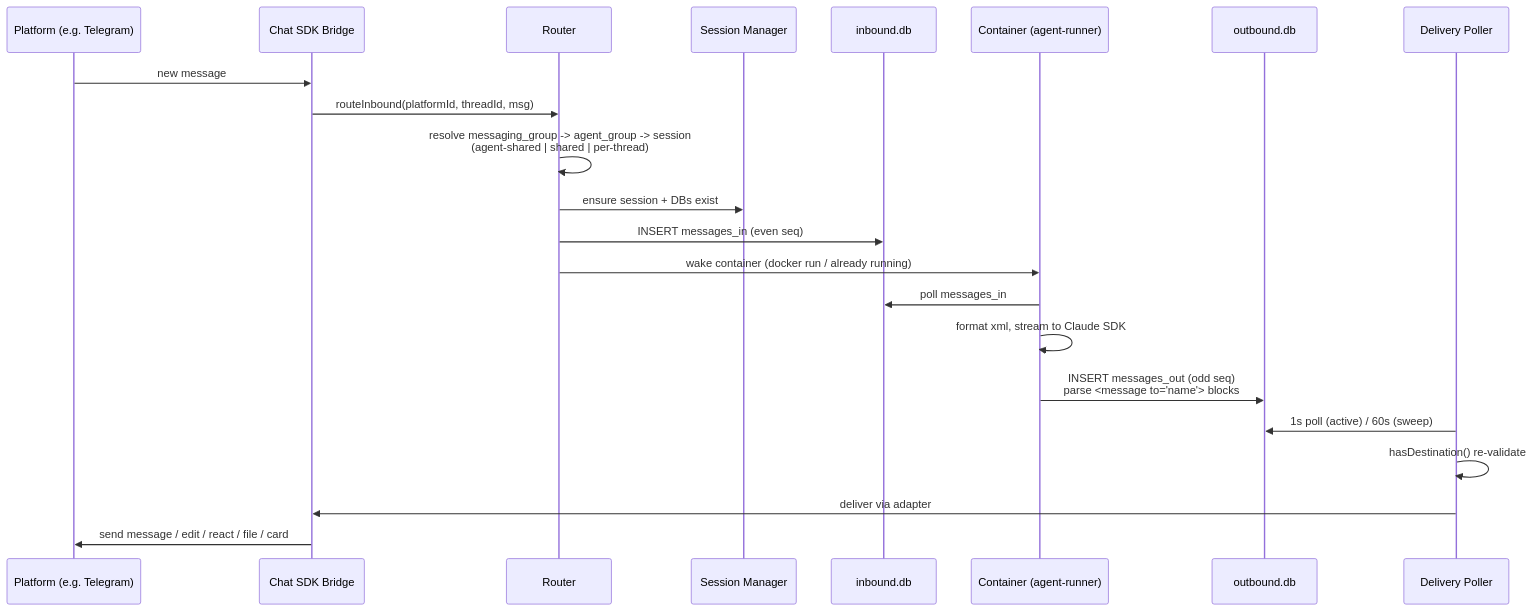
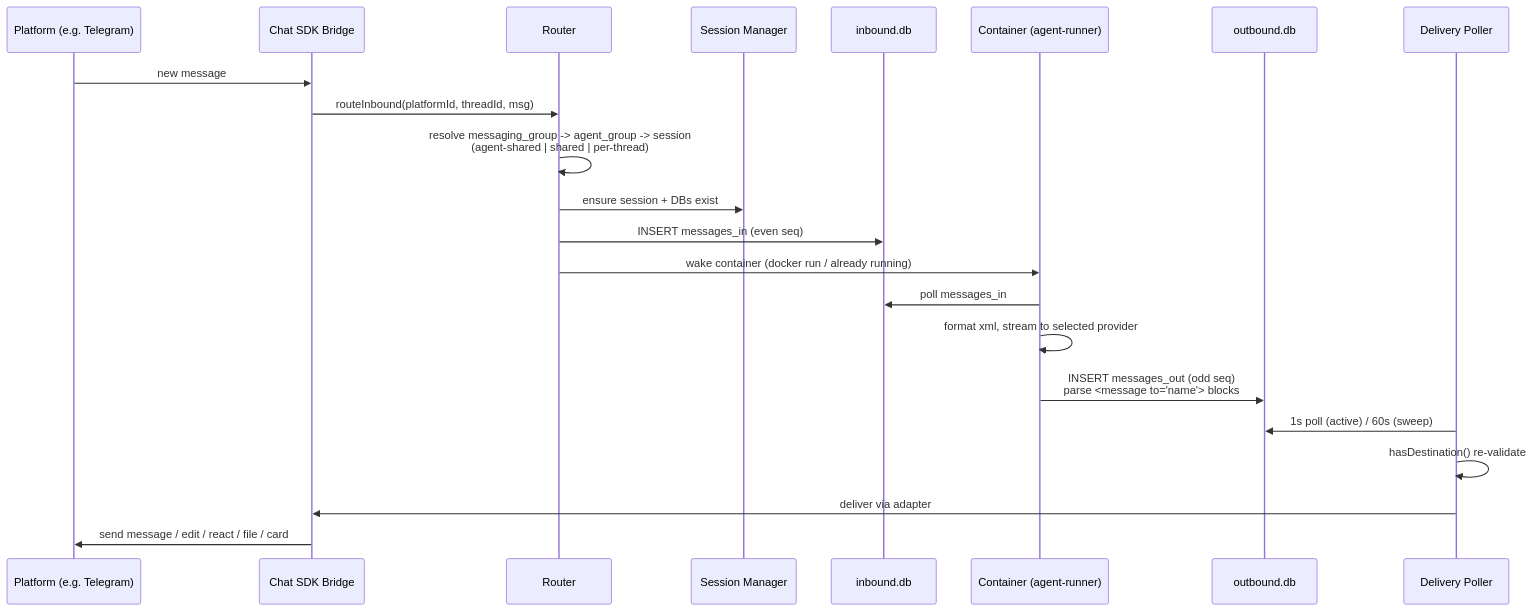
One commit to tamasPetki/nanoclaw changed the second of 5 diagrams in docs/v2-architecture-diagram.md. Above: the diagram before and after it, drawn with Mermaid. The commit also changed other lines of this file and 13 other files, not shown here.

````diff
--- a/docs/v2-architecture-diagram.md
+++ b/docs/v2-architecture-diagram.md
@@ -73,25 +73,25 @@
 ```mermaid
 sequenceDiagram
   participant P as Platform (e.g. Telegram)
   participant B as Chat SDK Bridge
   participant R as Router
   participant SM as Session Manager
   participant IDB as inbound.db
   participant C as Container (agent-runner)
   participant ODB as outbound.db
   participant D as Delivery Poller
 
   P->>B: new message
   B->>R: routeInbound(platformId, threadId, msg)
   R->>R: resolve messaging_group -> agent_group -> session<br/>(agent-shared | shared | per-thread)
   R->>SM: ensure session + DBs exist
   R->>IDB: INSERT messages_in (even seq)
   R->>C: wake container (docker run / already running)
   C->>IDB: poll messages_in
-  C->>C: format xml, stream to Claude SDK
+  C->>C: format xml, stream to selected provider
   C->>ODB: INSERT messages_out (odd seq)<br/>parse <message to="name"> blocks
   D->>ODB: 1s poll (active) / 60s (sweep)
   D->>D: hasDestination() re-validate
   D->>B: deliver via adapter
   B->>P: send message / edit / react / file / card
 ```
````
